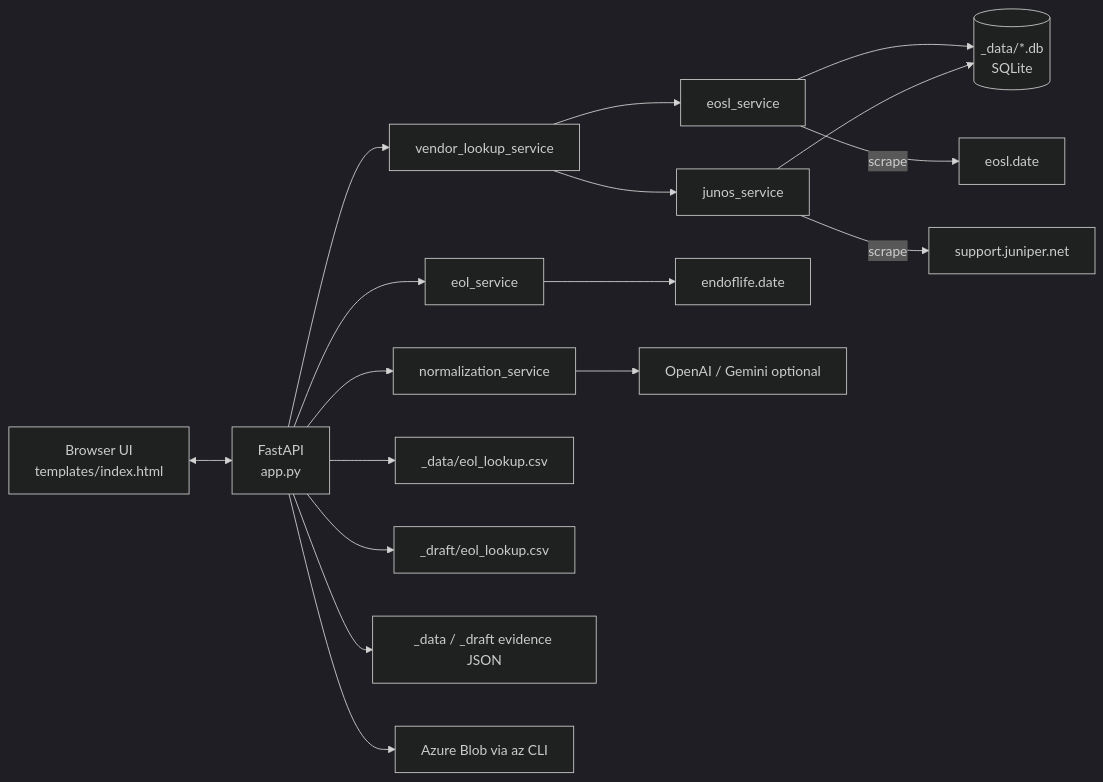
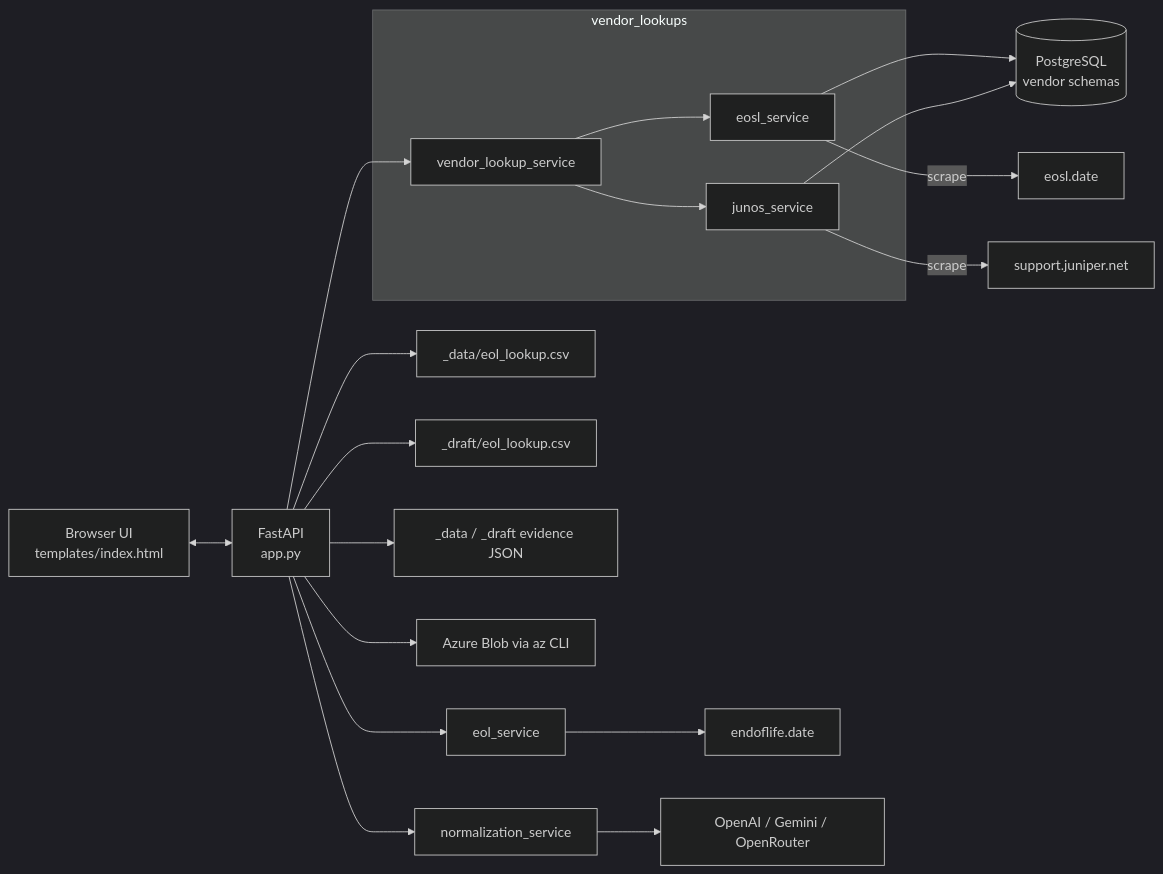
The first of 7 diagrams in README.md (jibinge0rge/OS-Health-Check), drawn with Mermaid (dark theme) before and after one commit. The commit also changed other lines of this file and 32 other files, not shown here.

````diff
--- a/README.md
+++ b/README.md
@@ -103,36 +267,38 @@
 ```mermaid
 flowchart LR
   UI["Browser UI<br/>templates/index.html"]
   API["FastAPI<br/>app.py"]
   Norm["normalization_service"]
   Eol["eol_service"]
-  Vendor["vendor_lookup_service"]
-  Eosl["eosl_service"]
-  Junos["junos_service"]
+  subgraph vl [vendor_lookups]
+    Vendor["vendor_lookup_service"]
+    Eosl["eosl_service"]
+    Junos["junos_service"]
+  end
   Data["_data/eol_lookup.csv"]
   Draft["_draft/eol_lookup.csv"]
   Ev["_data / _draft evidence JSON"]
-  DB[("_data/*.db<br/>SQLite")]
+  DB[("PostgreSQL<br/>vendor schemas")]
   EOLAPI["endoflife.date"]
   EOSLSITE["eosl.date"]
   JUNIPER["support.juniper.net"]
-  OAI["OpenAI / Gemini optional"]
+  AI["OpenAI / Gemini / OpenRouter"]
   Az["Azure Blob via az CLI"]
 
   UI <--> API
   API --> Norm
   API --> Eol
   API --> Vendor
   Vendor --> Eosl
   Vendor --> Junos
   API --> Data
   API --> Draft
   API --> Ev
   Eol --> EOLAPI
   Eosl --> DB
   Junos --> DB
   Eosl -->|scrape| EOSLSITE
   Junos -->|scrape| JUNIPER
-  Norm --> OAI
+  Norm --> AI
   API --> Az
 ```
````
